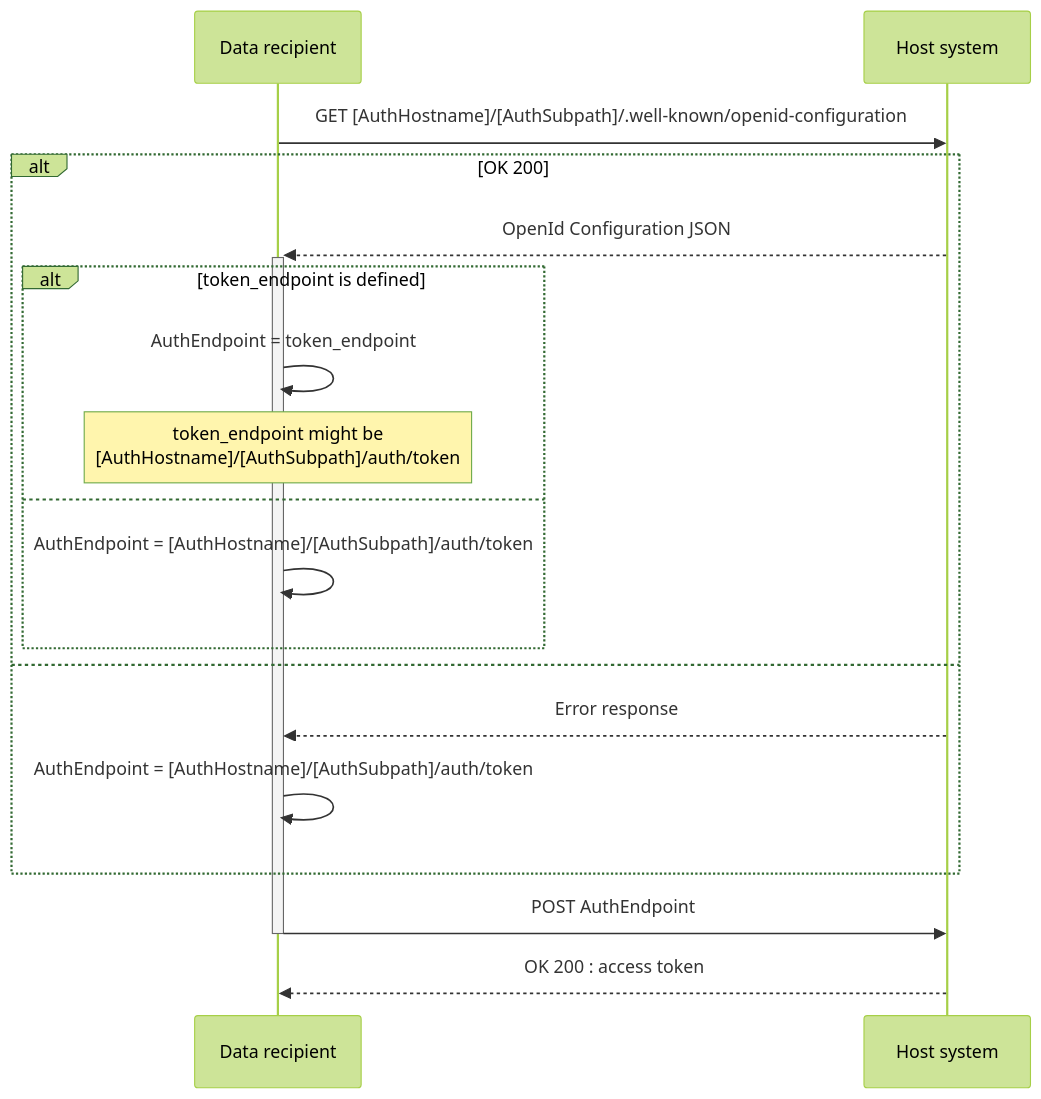
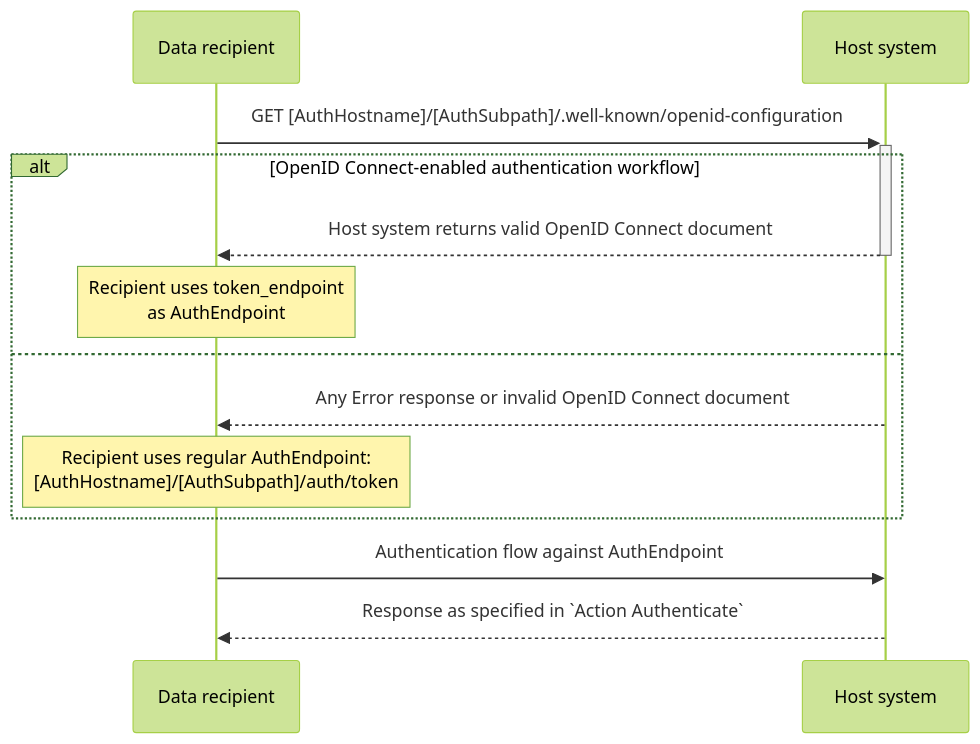
The diagram in spec/v2/diagrams/authentication-flow.mmd (wbcsd/data-exchange-protocol), drawn with Mermaid (forest theme) before and after one commit. The commit also changed other lines of this file and 1 other file, not shown here.

```diff
--- a/spec/v2/diagrams/authentication-flow.mmd
+++ b/spec/v2/diagrams/authentication-flow.mmd
@@ -1,18 +1,11 @@
 sequenceDiagram
-    Data recipient->>Host system: GET [AuthHostname]/[AuthSubpath]/.well-known/openid-configuration
-    alt OK 200
-        Host system-->>+Data recipient: OpenId Configuration JSON
-        alt token_endpoint is defined
-            Data recipient->>Data recipient: AuthEndpoint = token_endpoint
-            Note over Data recipient: token_endpoint might be <br>[AuthHostname]/[AuthSubpath]/auth/token
-        else
-            Data recipient->>Data recipient: AuthEndpoint = [AuthHostname]/[AuthSubpath]/auth/token
-        end
-
-
+    Data recipient->>+Host system: GET [AuthHostname]/[AuthSubpath]/.well-known/openid-configuration
+    alt OpenID Connect-enabled authentication workflow
+        Host system -->>-Data recipient: Host system returns valid OpenID Connect document
+        Note over Data recipient: Recipient uses token_endpoint<br/> as AuthEndpoint
     else
-        Host system-->>Data recipient: Error response
-        Data recipient->>Data recipient: AuthEndpoint = [AuthHostname]/[AuthSubpath]/auth/token
+        Host system-->>Data recipient: Any Error response or invalid OpenID Connect document
+        Note over Data recipient: Recipient uses regular AuthEndpoint:<br/>[AuthHostname]/[AuthSubpath]/auth/token
     end
-        Data recipient->>-Host system: POST AuthEndpoint
-        Host system-->>Data recipient: OK 200 : access token
+    Data recipient->>Host system: Authentication flow against AuthEndpoint
+    Host system-->>Data recipient: Response as specified in `Action Authenticate`
```
